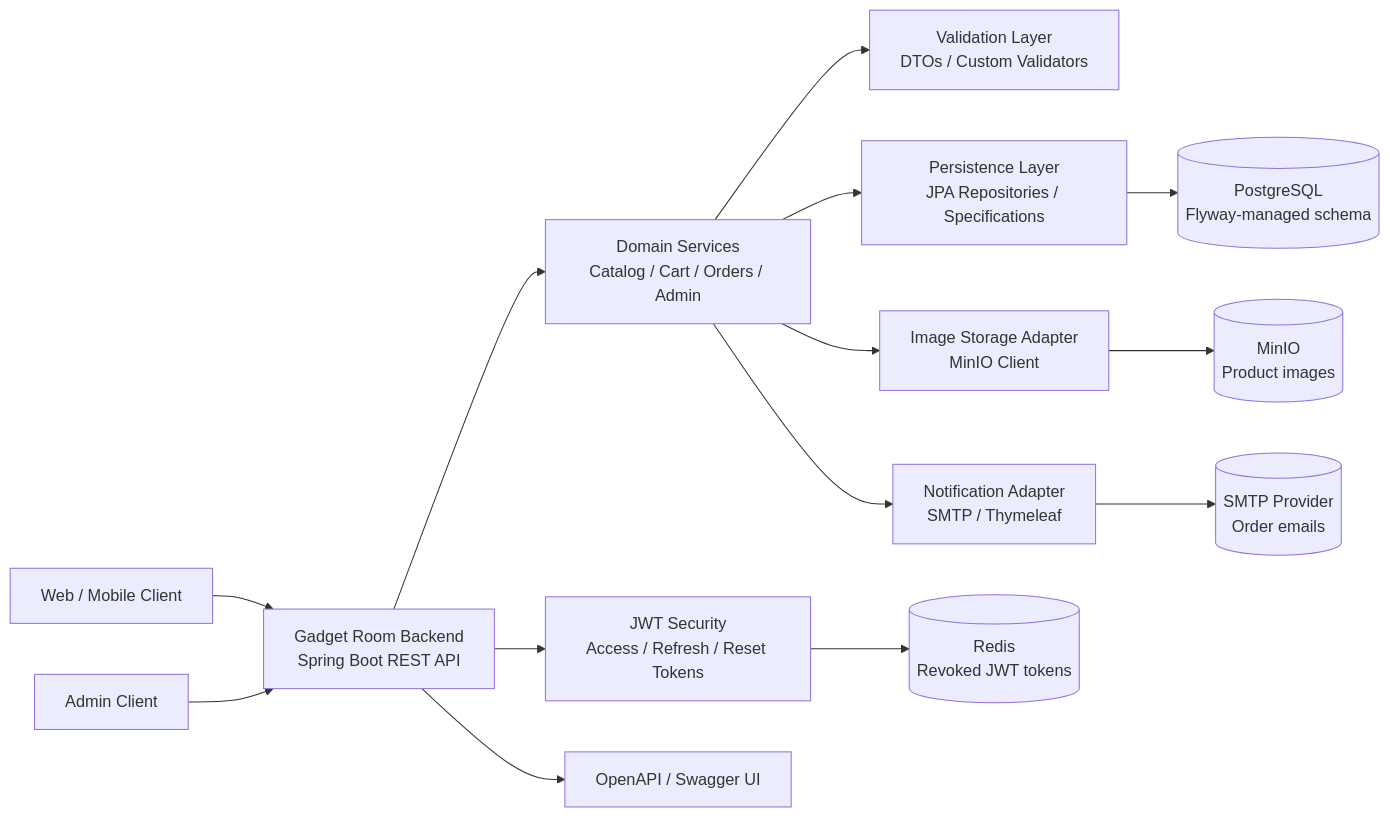
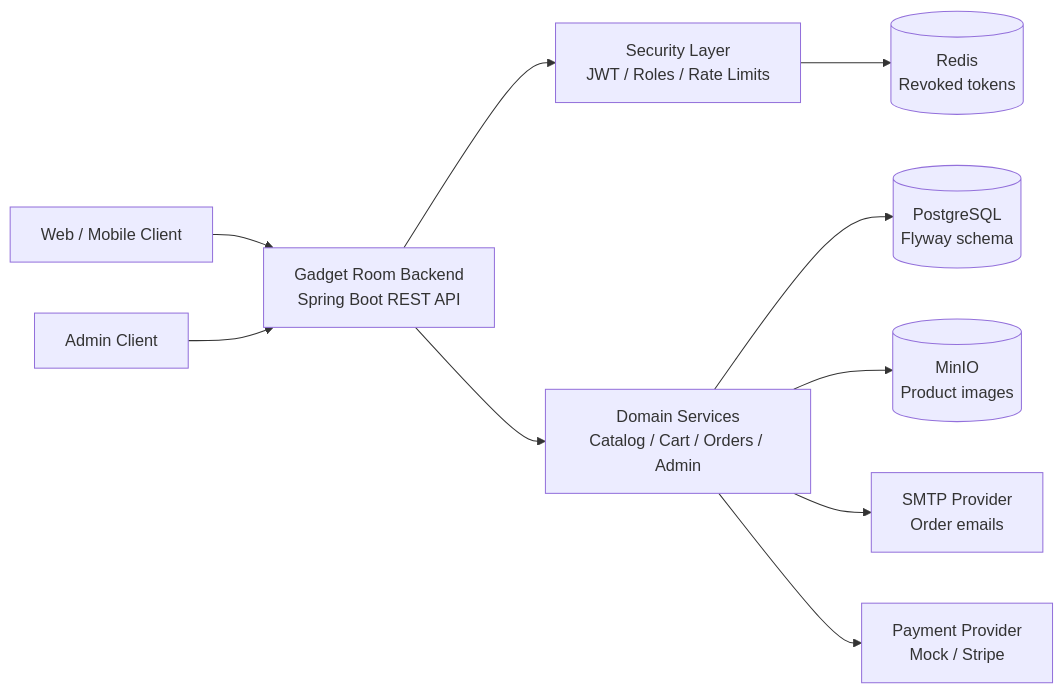
Before and after one commit to Team-4185/phone-shop: the diagram in README.md, drawn with Mermaid. The commit also changed other lines of this file and 28 other files, not shown here.

````diff
--- a/README.md
+++ b/README.md
@@ -37,33 +23,23 @@
 ```mermaid
 flowchart LR
     Client[Web / Mobile Client]
     Admin[Admin Client]
-
     API[Gadget Room Backend<br/>Spring Boot REST API]
-    Auth[JWT Security<br/>Access / Refresh / Reset Tokens]
+    Security[Security Layer<br/>JWT / Roles / Rate Limits]
     Domain[Domain Services<br/>Catalog / Cart / Orders / Admin]
-    Validation[Validation Layer<br/>DTOs / Custom Validators]
-    Persistence[Persistence Layer<br/>JPA Repositories / Specifications]
-    Storage[Image Storage Adapter<br/>MinIO Client]
-    Mail[Notification Adapter<br/>SMTP / Thymeleaf]
-
-    DB[(PostgreSQL<br/>Flyway-managed schema)]
-    Redis[(Redis<br/>Revoked JWT tokens)]
+    Data[(PostgreSQL<br/>Flyway schema)]
+    Redis[(Redis<br/>Revoked tokens)]
     MinIO[(MinIO<br/>Product images)]
-    SMTP[(SMTP Provider<br/>Order emails)]
-    Docs[OpenAPI / Swagger UI]
+    Mail[SMTP Provider<br/>Order emails]
+    Payments[Payment Provider<br/>Mock / Stripe]
 
     Client --> API
     Admin --> API
-    API --> Auth
+    API --> Security
     API --> Domain
-    API --> Docs
-    Domain --> Validation
-    Domain --> Persistence
-    Domain --> Storage
+    Security --> Redis
+    Domain --> Data
+    Domain --> MinIO
     Domain --> Mail
-    Auth --> Redis
-    Persistence --> DB
-    Storage --> MinIO
-    Mail --> SMTP
+    Domain --> Payments
 ```
````
